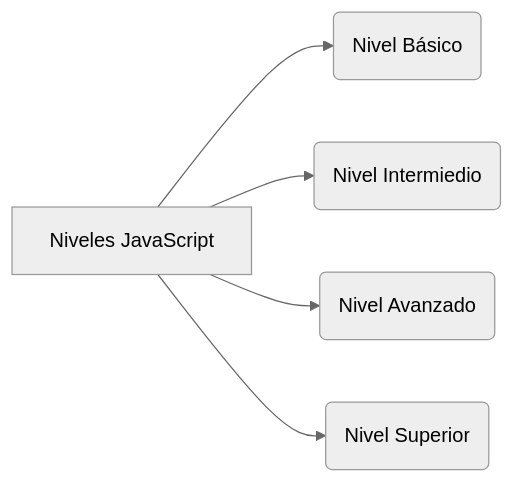
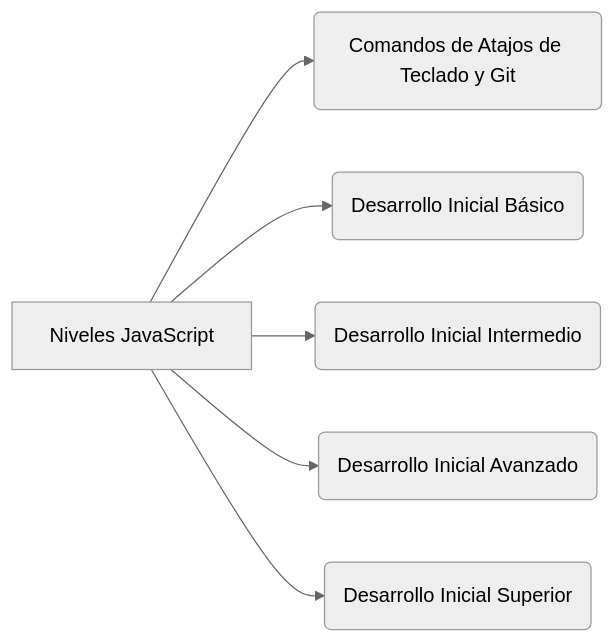
The diagram in README.md (DragonFenixOwi/Resumen_FrontEnd_Inicial_2020), drawn with Mermaid (neutral theme) before and after one commit.

````diff
--- a/README.md
+++ b/README.md
@@ -34,7 +34,8 @@
 ```mermaid
 graph LR
-	A[Niveles JavaScript]--> B(Nivel Básico)
-	A --> C(Nivel Intermiedio)
-    A --> D(Nivel Avanzado)
-    A --> E(Nivel Superior)
+	A[Niveles JavaScript]--> B(Comandos de Atajos de Teclado y Git)
+	A --> C(Desarrollo Inicial Básico)
+	A --> D(Desarrollo Inicial Intermedio)
+	A --> E(Desarrollo Inicial Avanzado)
+    	A --> F(Desarrollo Inicial Superior)
 ```
````
